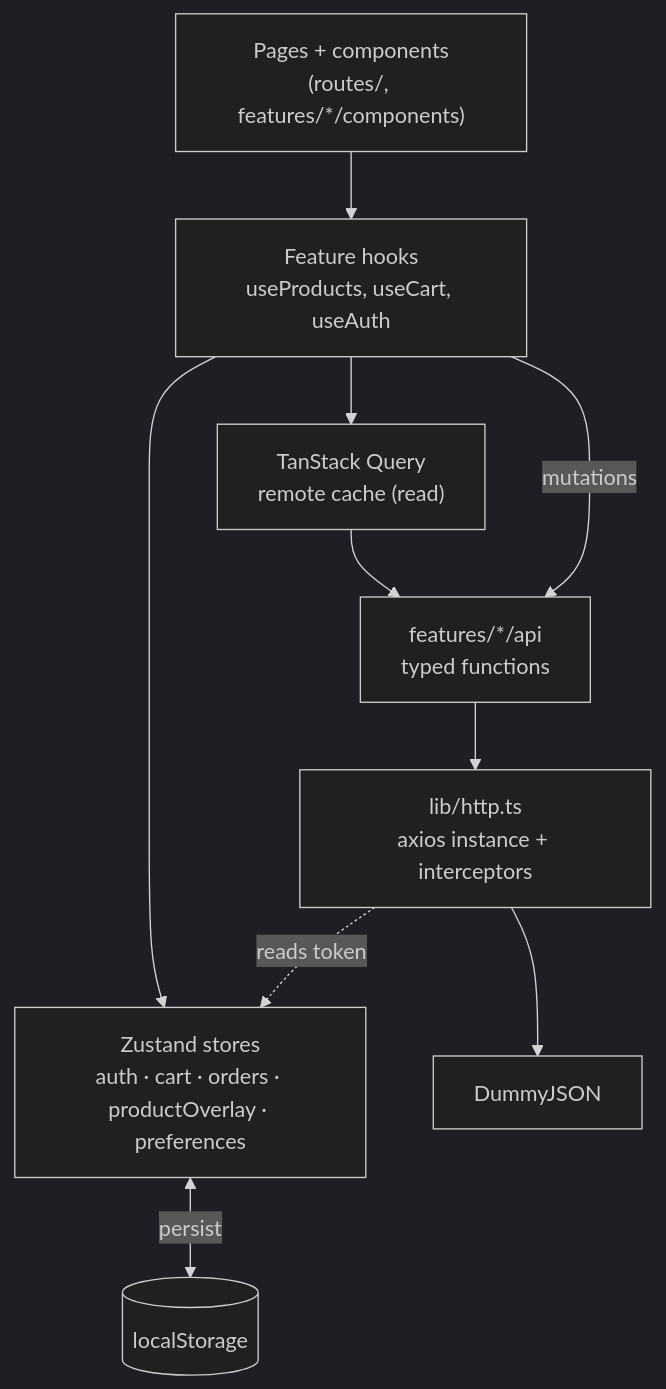
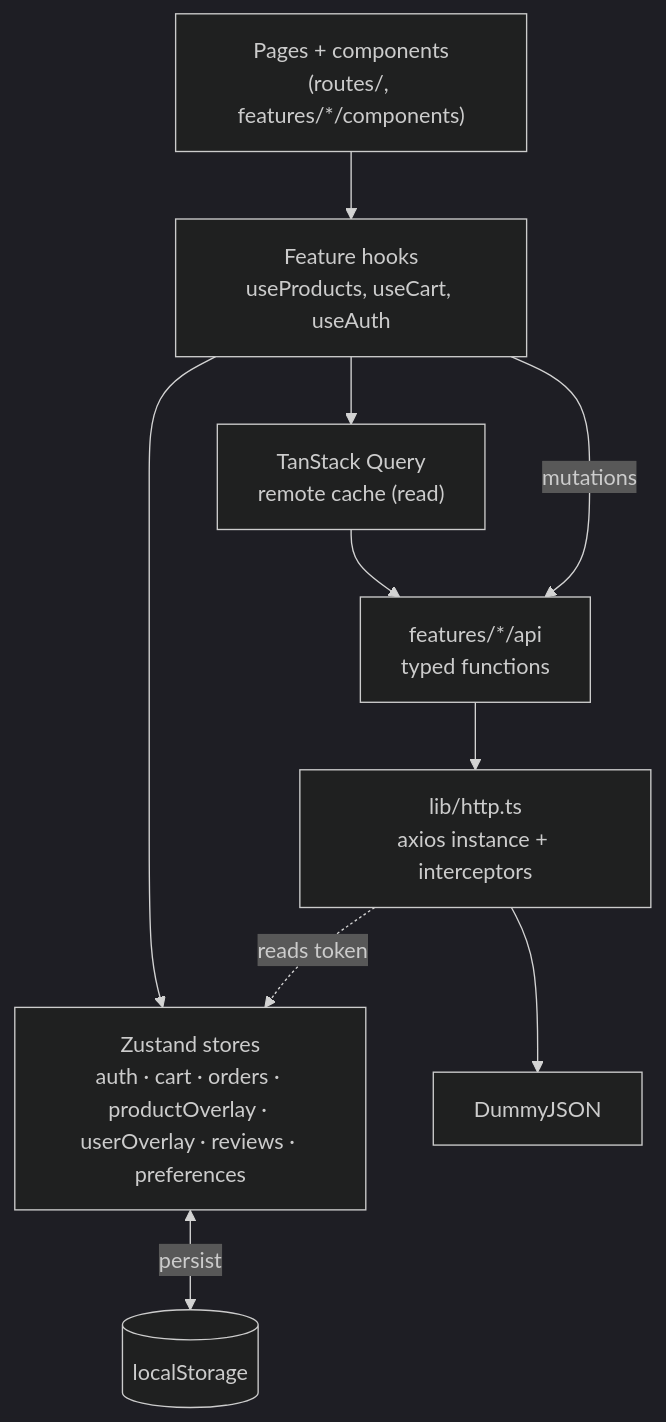
The first of 3 diagrams in docs/architecture.md (celal2344/ays-case), drawn with Mermaid (dark theme) before and after one commit. The commit also changed other lines of this file and 11 other files, not shown here.

Commit message:
docs: plan admin users, reviews, product page and PR workflow

````diff
--- a/docs/architecture.md
+++ b/docs/architecture.md
@@ -6,20 +6,20 @@
 ```mermaid
 flowchart TB
     UI["Pages + components<br/>(routes/, features/*/components)"]
     HOOKS["Feature hooks<br/>useProducts, useCart, useAuth"]
     Q["TanStack Query<br/>remote cache (read)"]
-    Z["Zustand stores<br/>auth · cart · orders · productOverlay · preferences"]
+    Z["Zustand stores<br/>auth · cart · orders · productOverlay · userOverlay · reviews · preferences"]
     API["features/*/api<br/>typed functions"]
     HTTP["lib/http.ts<br/>axios instance + interceptors"]
     DJ["DummyJSON"]
     LS[("localStorage")]
 
     UI --> HOOKS
     HOOKS --> Q
     HOOKS --> Z
     Q --> API
     HOOKS -->|mutations| API
     API --> HTTP --> DJ
     Z <-->|persist| LS
     HTTP -.->|reads token| Z
 ```
````
